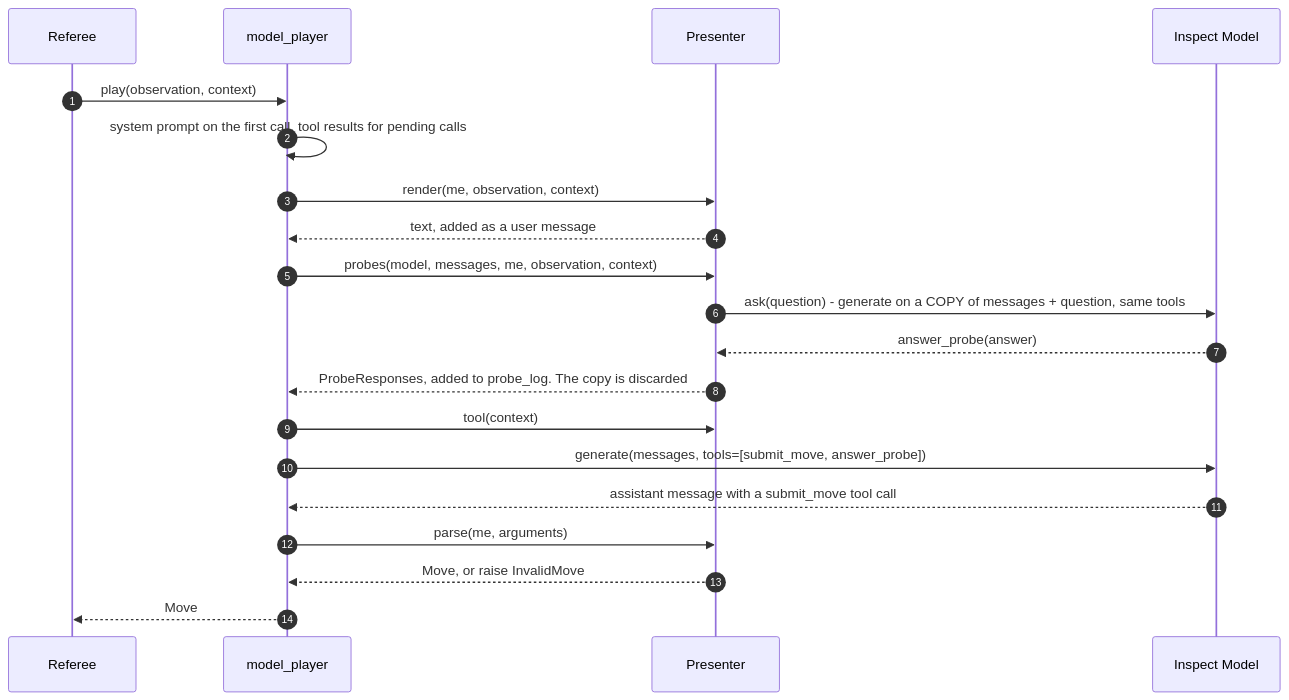
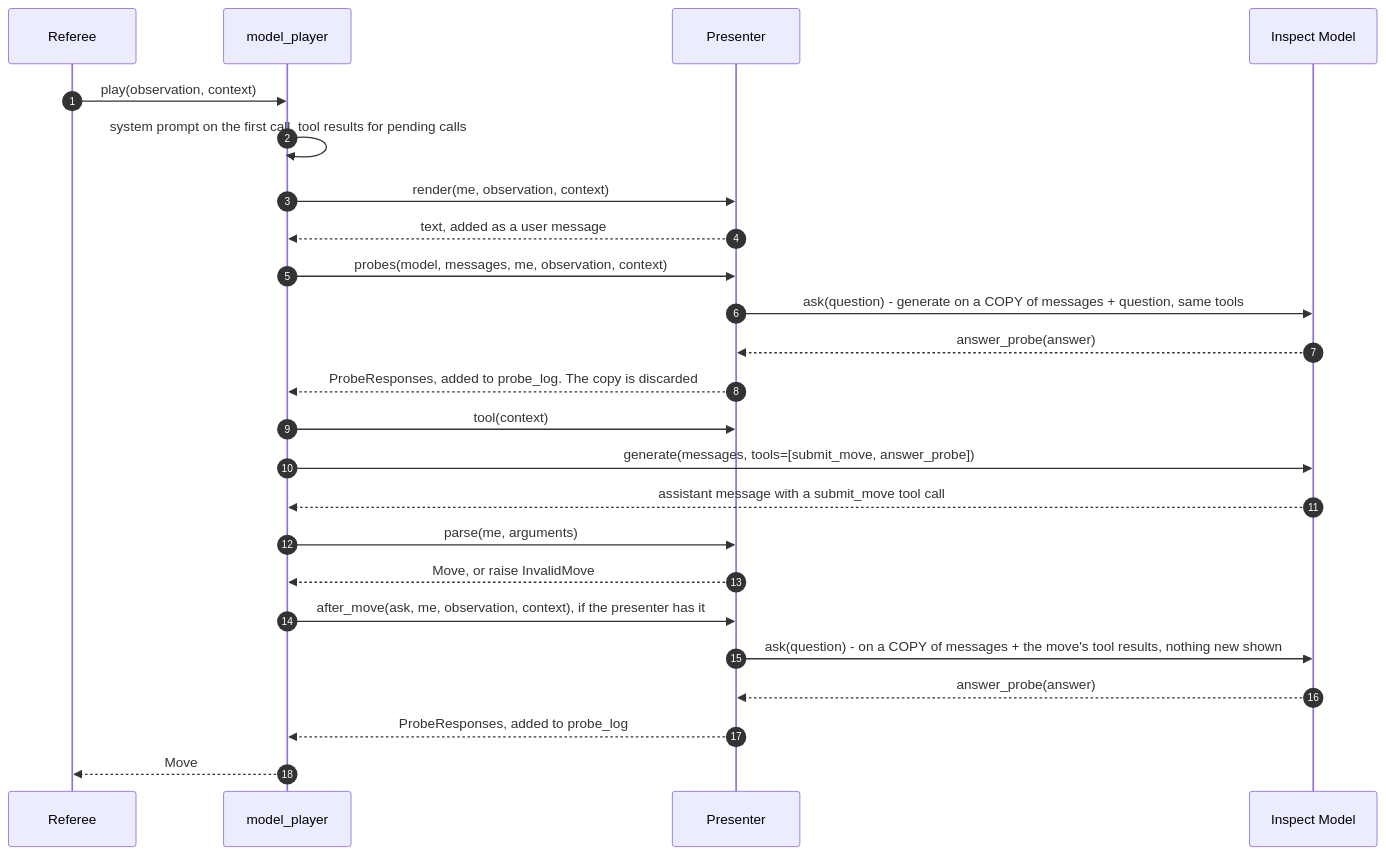
One commit to CarlosGIbanez/SPAR-Harness-Strategic-Interaction-Agents changed diagram 11 of 14 in docs/architecture.md. Above: the diagram before and after it, drawn with Mermaid. The commit also changed other lines of this file and 2 other files, not shown here.

Commit message:
Probes after the move, in a fresh conversation, with options and rounds

````diff
--- a/docs/architecture.md
+++ b/docs/architecture.md
@@ -453,22 +453,26 @@
 ```mermaid
 sequenceDiagram
     autonumber
     participant R as Referee
     participant MP as model_player
     participant PR as Presenter
     participant M as Inspect Model
     R->>MP: play(observation, context)
     MP->>MP: system prompt on the first call, tool results for pending calls
     MP->>PR: render(me, observation, context)
     PR-->>MP: text, added as a user message
     MP->>PR: probes(model, messages, me, observation, context)
     PR->>M: ask(question) - generate on a COPY of messages + question, same tools
     M-->>PR: answer_probe(answer)
     PR-->>MP: ProbeResponses, added to probe_log. The copy is discarded
     MP->>PR: tool(context)
     MP->>M: generate(messages, tools=[submit_move, answer_probe])
     M-->>MP: assistant message with a submit_move tool call
     MP->>PR: parse(me, arguments)
     PR-->>MP: Move, or raise InvalidMove
+    MP->>PR: after_move(ask, me, observation, context), if the presenter has it
+    PR->>M: ask(question) - on a COPY of messages + the move's tool results, nothing new shown
+    M-->>PR: answer_probe(answer)
+    PR-->>MP: ProbeResponses, added to probe_log
     MP-->>R: Move
 ```
````
